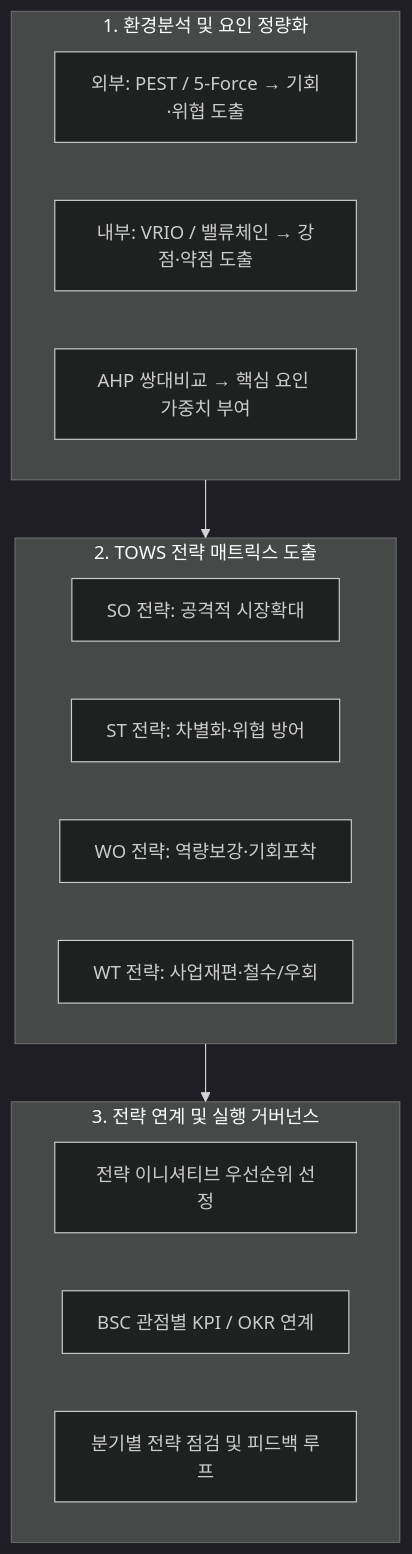
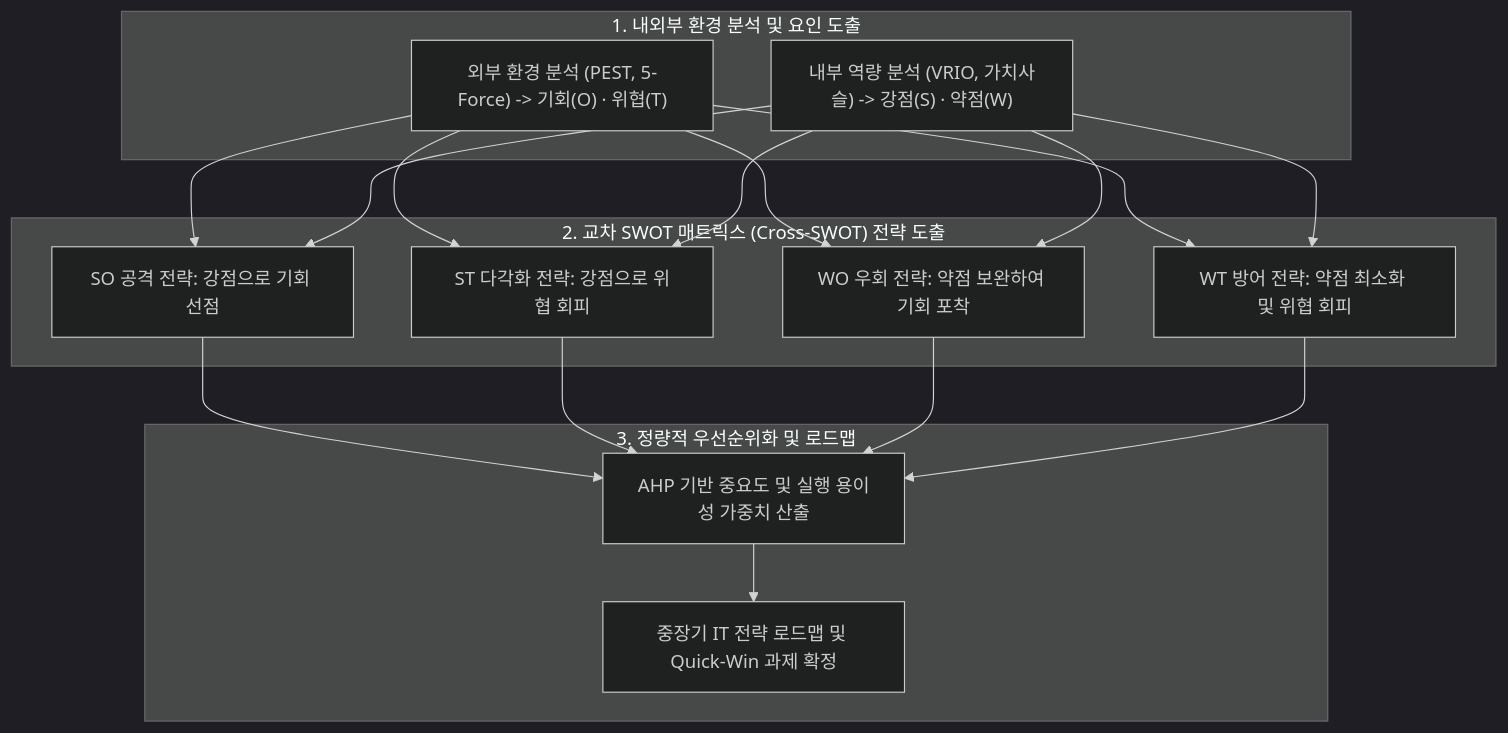
Before and after one commit to agnusdei1207/study: the third of 4 diagrams in src/content/docs/notes/itpe/01-it-strategy/034_swot_analysis.md, drawn with Mermaid (dark theme). The commit also changed other lines of this file and 80 other files, not shown here.

````diff
--- a/src/content/docs/notes/itpe/01-it-strategy/034_swot_analysis.md
+++ b/src/content/docs/notes/itpe/01-it-strategy/034_swot_analysis.md
@@ -95,22 +98,19 @@
 ```mermaid
 flowchart TD
-    subgraph Input["1. 환경분석 및 요인 정량화"]
-        I1["외부: PEST / 5-Force → 기회·위협 도출"]
-        I2["내부: VRIO / 밸류체인 → 강점·약점 도출"]
-        I3["AHP 쌍대비교 → 핵심 요인 가중치 부여"]
+    subgraph Scan["1. 내외부 환경 분석 및 요인 도출"]
+        E1["외부 환경 분석 (PEST, 5-Force) -> 기회(O) · 위협(T)"]
+        I1["내부 역량 분석 (VRIO, 가치사슬) -> 강점(S) · 약점(W)"]
     end
-    subgraph TOWS["2. TOWS 전략 매트릭스 도출"]
-        T1["SO 전략: 공격적 시장확대"]
-        T2["ST 전략: 차별화·위협 방어"]
-        T3["WO 전략: 역량보강·기회포착"]
-        T4["WT 전략: 사업재편·철수/우회"]
+    subgraph Matrix["2. 교차 SWOT 매트릭스 (Cross-SWOT) 전략 도출"]
+        SO["SO 공격 전략: 강점으로 기회 선점"]
+        ST["ST 다각화 전략: 강점으로 위협 회피"]
+        WO["WO 우회 전략: 약점 보완하여 기회 포착"]
+        WT["WT 방어 전략: 약점 최소화 및 위협 회피"]
+        E1 & I1 --> SO & ST & WO & WT
     end
-    subgraph Exec["3. 전략 연계 및 실행 거버넌스"]
-        E1["전략 이니셔티브 우선순위 선정"]
-        E2["BSC 관점별 KPI / OKR 연계"]
-        E3["분기별 전략 점검 및 피드백 루프"]
+    subgraph Prioritize["3. 정량적 우선순위화 및 로드맵"]
+        AHP["AHP 기반 중요도 및 실행 용이성 가중치 산출"]
+        ROADMAP["중장기 IT 전략 로드맵 및 Quick-Win 과제 확정"]
+        SO & ST & WO & WT --> AHP --> ROADMAP
     end
-
-    Input --> TOWS
-    TOWS --> Exec
 ```
````
